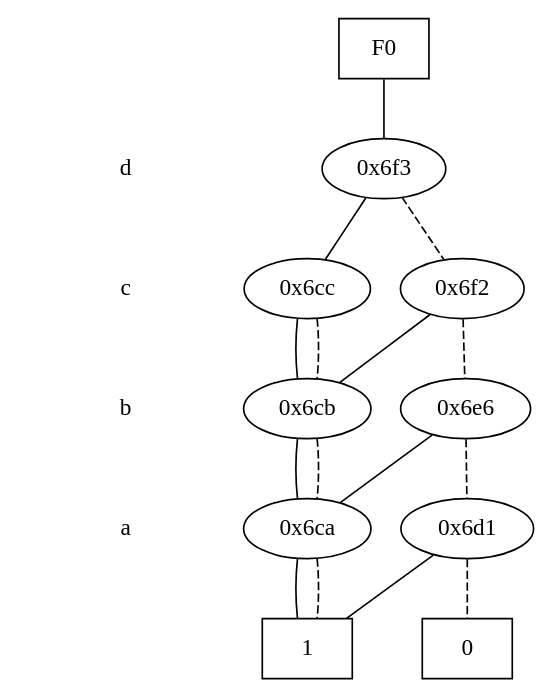
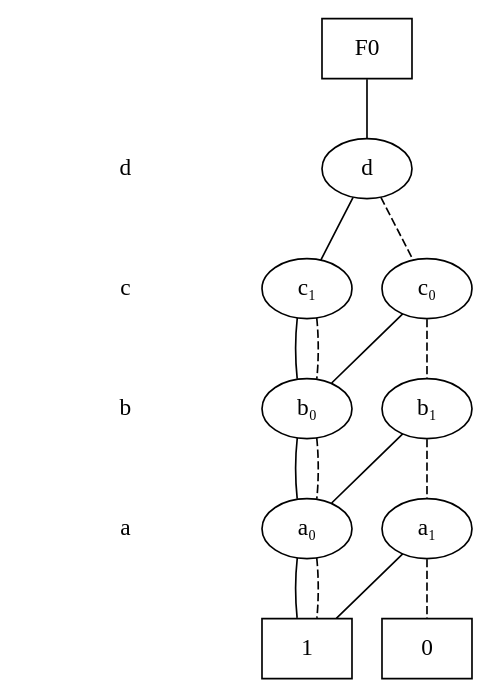
One commit to NathanNator/ECE6745_Final_Project changed the diagram in zdd_plots/r3_zdd.dot. Above: the diagram before and after it, drawn with Graphviz. The commit also changed 12 other files, not shown here.

```diff
--- a/zdd_plots/r3_zdd.dot
+++ b/zdd_plots/r3_zdd.dot
@@ -1,49 +1,49 @@
 digraph "ZDD" {
 size = "7.5,10"
 center = true;
 edge [dir = none];
 { node [shape = plaintext];
   edge [style = invis];
   "CONST NODES" [style = invis];
 " d " -> " c " -> " b " -> " a " -> "CONST NODES"; 
 }
 { rank = same; node [shape = box]; edge [style = invis];
 "F0"; }
 { rank = same; " d ";
-"0x6f3";
+"d";
 }
 { rank = same; " c ";
-"0x6f2";
-"0x6cc";
+"c₀";
+"c₁";
 }
 { rank = same; " b ";
-"0x6cb";
-"0x6e6";
+"b₀";
+"b₁";
 }
 { rank = same; " a ";
-"0x6ca";
-"0x6d1";
+"a₀";
+"a₁";
 }
 { rank = same; "CONST NODES";
 { node [shape = box]; "0x626";
 "0x625";
 }
 }
-"F0" -> "0x6f3" [style = solid];
-"0x6f3" -> "0x6cc";
-"0x6f3" -> "0x6f2" [style = dashed];
-"0x6f2" -> "0x6cb";
-"0x6f2" -> "0x6e6" [style = dashed];
-"0x6cc" -> "0x6cb";
-"0x6cc" -> "0x6cb" [style = dashed];
-"0x6cb" -> "0x6ca";
-"0x6cb" -> "0x6ca" [style = dashed];
-"0x6e6" -> "0x6ca";
-"0x6e6" -> "0x6d1" [style = dashed];
-"0x6ca" -> "0x625";
-"0x6ca" -> "0x625" [style = dashed];
-"0x6d1" -> "0x625";
-"0x6d1" -> "0x626" [style = dashed];
+"F0" -> "d" [style = solid];
+"d" -> "c₁";
+"d" -> "c₀" [style = dashed];
+"c₀" -> "b₀";
+"c₀" -> "b₁" [style = dashed];
+"c₁" -> "b₀";
+"c₁" -> "b₀" [style = dashed];
+"b₀" -> "a₀";
+"b₀" -> "a₀" [style = dashed];
+"b₁" -> "a₀";
+"b₁" -> "a₁" [style = dashed];
+"a₀" -> "0x625";
+"a₀" -> "0x625" [style = dashed];
+"a₁" -> "0x625";
+"a₁" -> "0x626" [style = dashed];
 "0x626" [label = "0"];
 "0x625" [label = "1"];
 }
```
